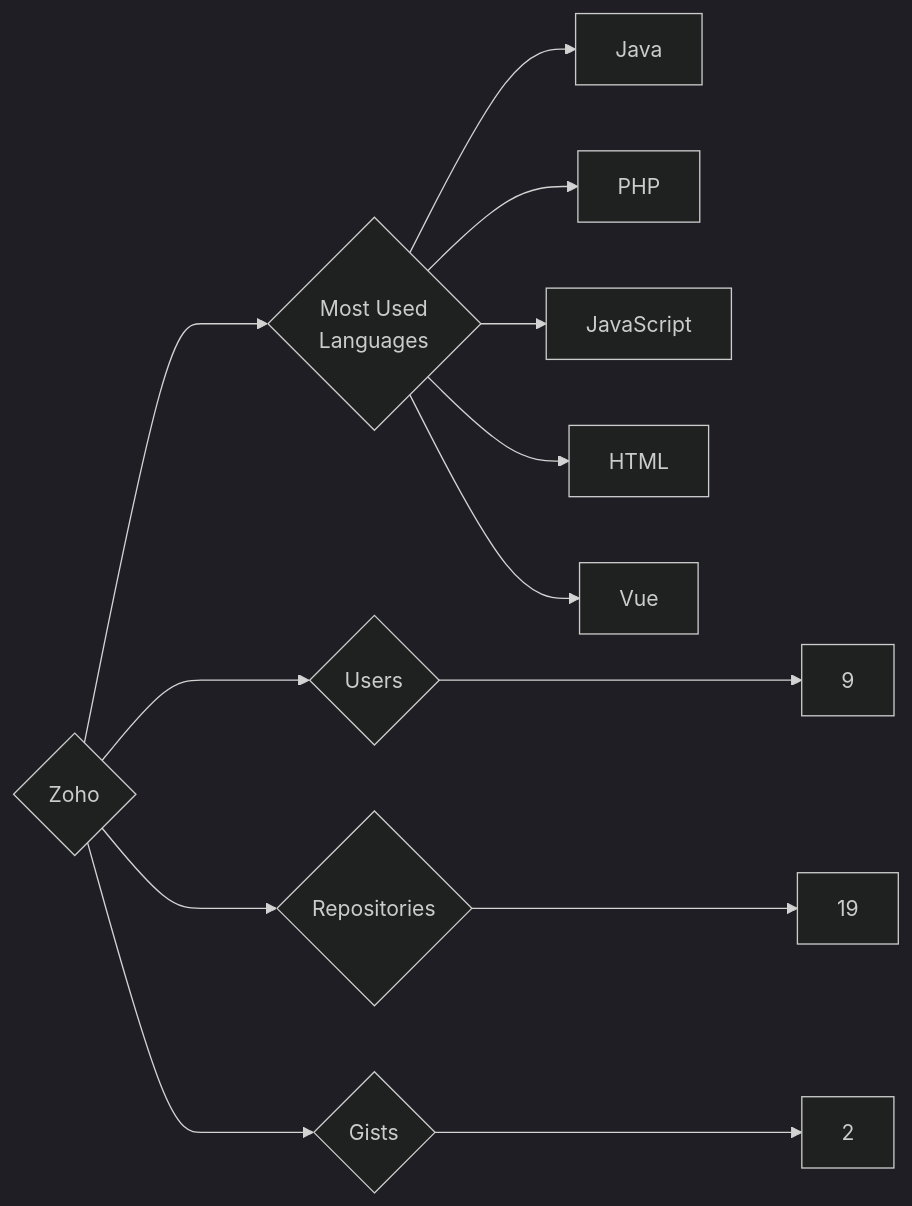
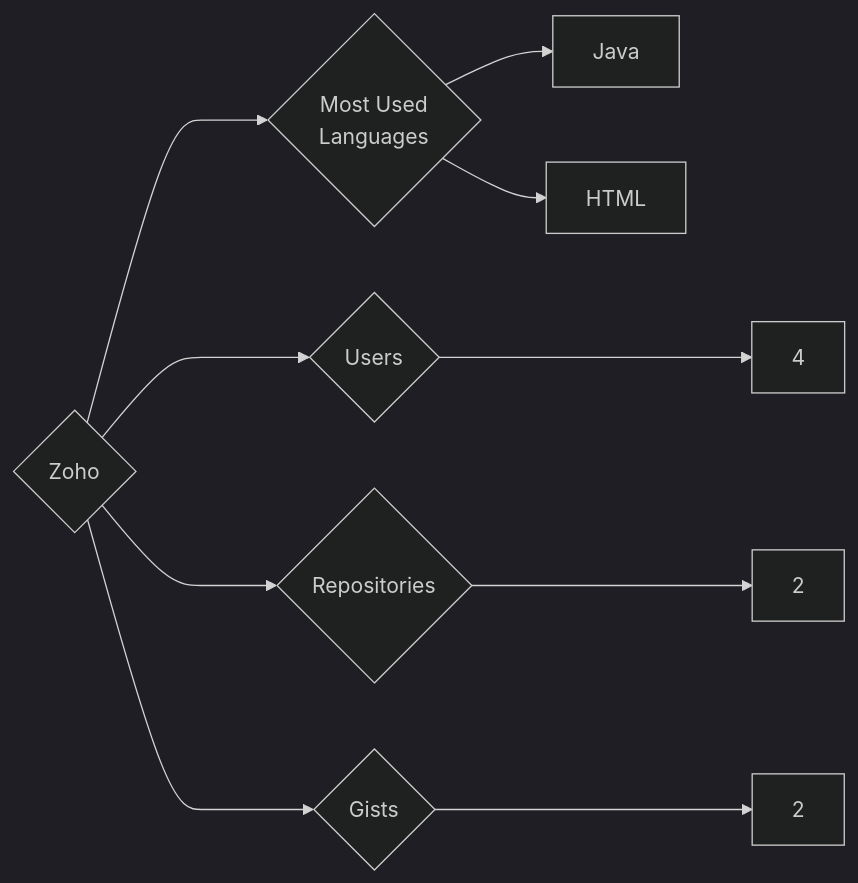
The diagram in targets/Zoho/README.md (trickest/insiders), drawn with Mermaid (dark theme) before and after one commit. The commit also changed 797 other files, not shown here.

````diff
--- a/targets/Zoho/README.md
+++ b/targets/Zoho/README.md
@@ -3,13 +3,10 @@
 ```mermaid
 graph LR
 COMPANY_NAME{Zoho}
-COMPANY_NAME ---> U{Users} ---> UN[9]
-COMPANY_NAME ---> R{Repositories} ---> RN[19]
+COMPANY_NAME ---> U{Users} ---> UN[4]
+COMPANY_NAME ---> R{Repositories} ---> RN[2]
 COMPANY_NAME ---> G{Gists} ---> GN[2]
 COMPANY_NAME ---> ML{Most Used<br>Languages}
 ML --> Java[Java]
-ML --> PHP[PHP]
-ML --> JavaScript[JavaScript]
 ML --> HTML[HTML]
-ML --> Vue[Vue]
 ```
````
